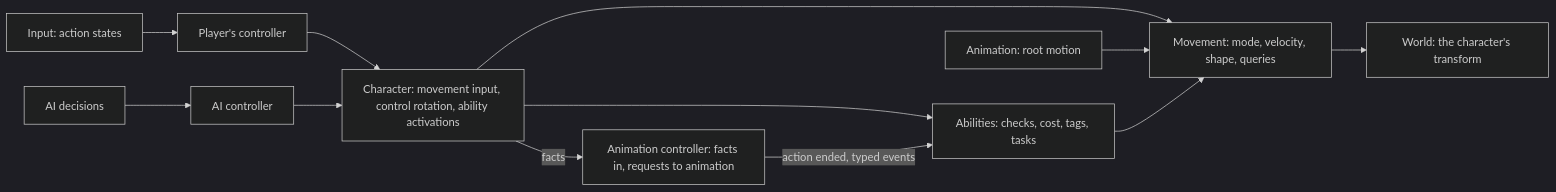
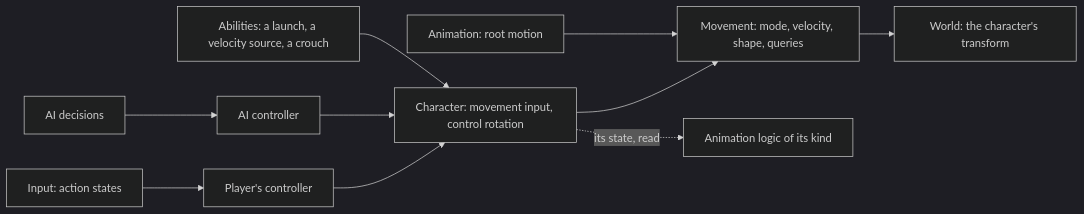
Before and after one commit to plainsight-systems/bullet-witch: the first of 2 diagrams in docs/architecture/characters.md, drawn with Mermaid (dark theme). The commit also changed other lines of this file and 2 other files, not shown here.

First line of the commit message:
Characters cover control and movement only; an ability is not a character

````diff
--- a/docs/architecture/characters.md
+++ b/docs/architecture/characters.md
@@ -35,14 +31,12 @@
 ```mermaid
 flowchart LR
     IN["Input: action states"] --> PC["Player's controller"]
     AI["AI decisions"] --> AC["AI controller"]
-    PC --> CH["Character: movement input, control rotation, ability activations"]
+    PC --> CH["Character: movement input, control rotation"]
     AC --> CH
+    AB["Abilities: a launch, a velocity source, a crouch"] --> CH
     CH --> MV["Movement: mode, velocity, shape, queries"]
-    CH --> AB["Abilities: checks, cost, tags, tasks"]
-    CH -- "facts" --> AC2["Animation controller: facts in, requests to animation"]
-    AC2 -- "action ended, typed events" --> AB
     AN["Animation: root motion"] --> MV
-    AB --> MV
+    CH -. "its state, read" .-> AL["Animation logic of its kind"]
     MV --> W["World: the character's transform"]
 ```
````
